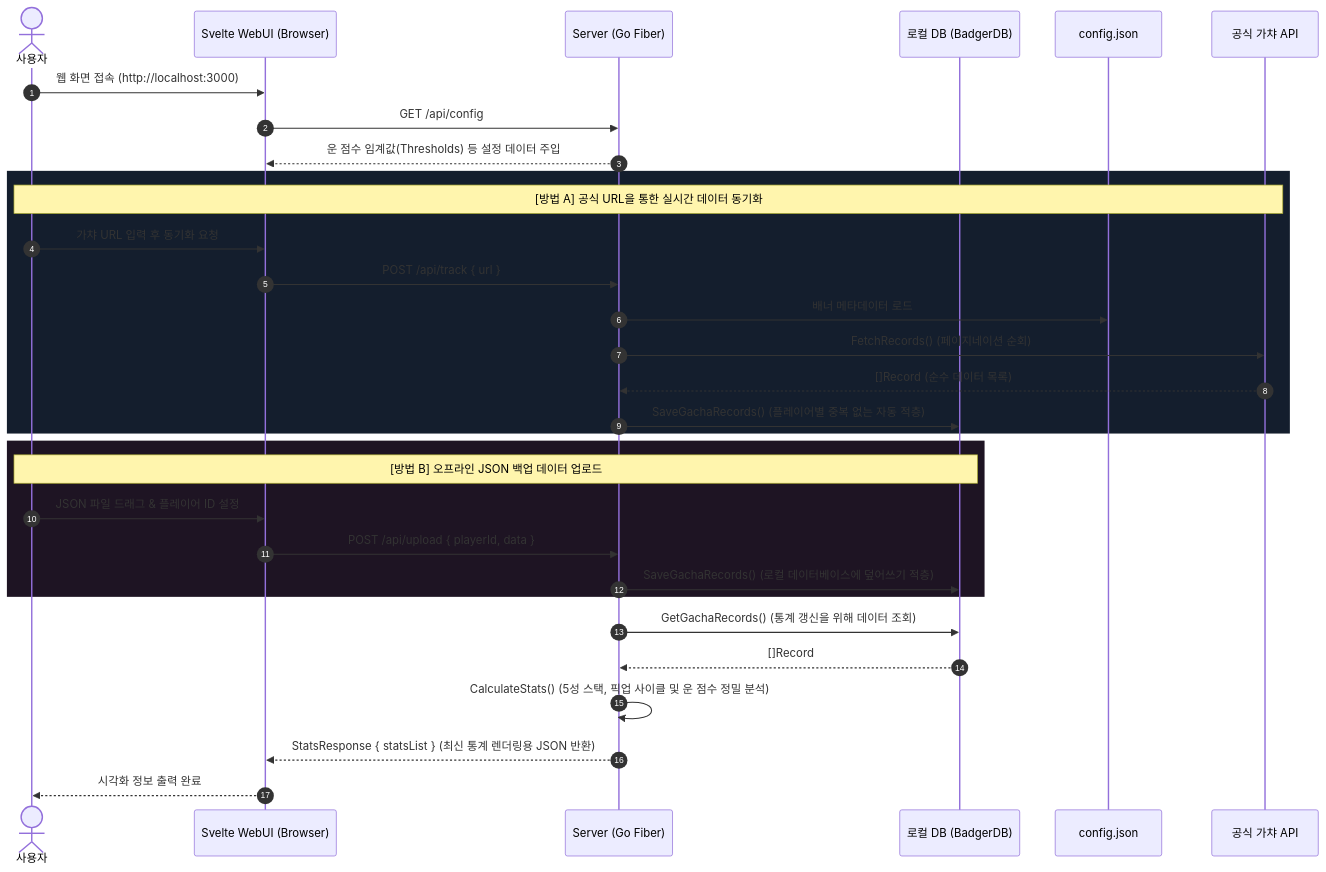
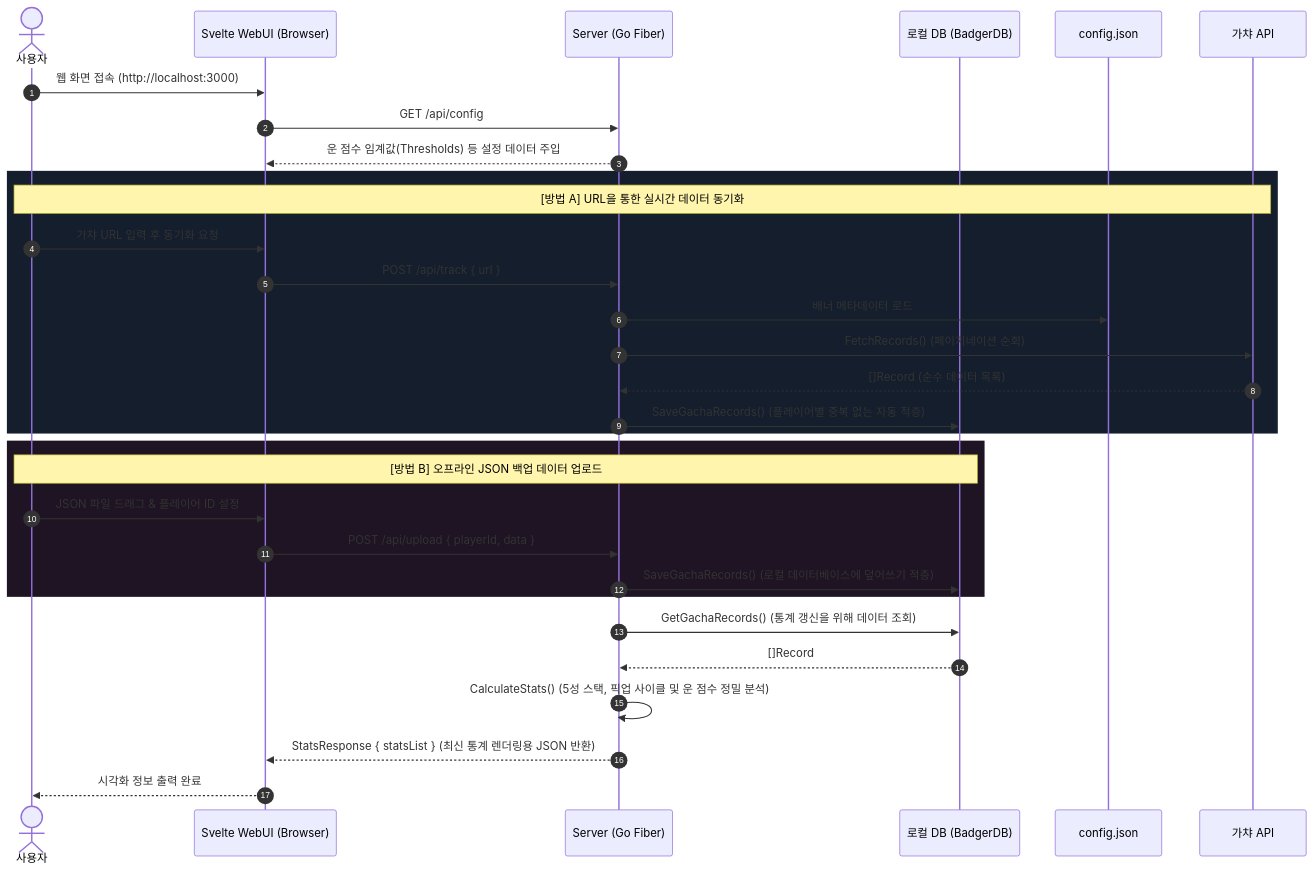
Before and after one commit to meteormin/wuwa-tracker: the diagram in README.md, drawn with Mermaid. The commit also changed other lines of this file and 1 other file, not shown here.

````diff
--- a/README.md
+++ b/README.md
@@ -153,37 +154,37 @@
 ```mermaid
 sequenceDiagram
     autonumber
     actor User as 사용자
     participant UI as Svelte WebUI (Browser)
     participant Server as Server (Go Fiber)
     participant DB as 로컬 DB (BadgerDB)
     participant Config as config.json
-    participant API as 공식 가챠 API
+    participant API as 가챠 API
 
     User->>UI: 웹 화면 접속 (http://localhost:3000)
     UI->>Server: GET /api/config
     Server-->>UI: 운 점수 임계값(Thresholds) 등 설정 데이터 주입
     
     rect rgb(20, 30, 45)
-        Note over User, API: [방법 A] 공식 URL을 통한 실시간 데이터 동기화
+        Note over User, API: [방법 A] URL을 통한 실시간 데이터 동기화
         User->>UI: 가챠 URL 입력 후 동기화 요청
         UI->>Server: POST /api/track { url }
         Server->>Config: 배너 메타데이터 로드
         Server->>API: FetchRecords() (페이지네이션 순회)
         API-->>Server: []Record (순수 데이터 목록)
         Server->>DB: SaveGachaRecords() (플레이어별 중복 없는 자동 적층)
     end
 
     rect rgb(30, 20, 35)
         Note over User, DB: [방법 B] 오프라인 JSON 백업 데이터 업로드
         User->>UI: JSON 파일 드래그 & 플레이어 ID 설정
         UI->>Server: POST /api/upload { playerId, data }
         Server->>DB: SaveGachaRecords() (로컬 데이터베이스에 덮어쓰기 적층)
     end
 
     Server->>DB: GetGachaRecords() (통계 갱신을 위해 데이터 조회)
     DB-->>Server: []Record
     Server->>Server: CalculateStats() (5성 스택, 픽업 사이클 및 운 점수 정밀 분석)
     Server-->>UI: StatsResponse { statsList } (최신 통계 렌더링용 JSON 반환)
     UI-->>User: 시각화 정보 출력 완료
 ```
````
